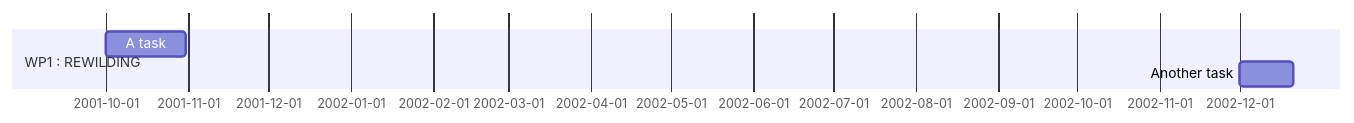
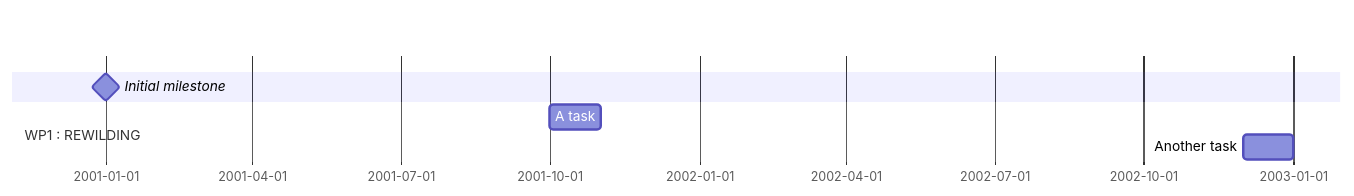
Before and after one commit to REWILD-FIRE/rewild_fire_website: the diagram in content/deliverables/index.md, drawn with Mermaid.

Commit message:
Update index.md
another test to make the gant graph work

````diff
--- a/content/deliverables/index.md
+++ b/content/deliverables/index.md
@@ -13,7 +13,8 @@
 ```mermaid
 gantt
   dateFormat  YY-MM
+  Initial milestone : milestone, m1, 01-01, 0M
   section WP1 : REWILDING
-  A task           :a1, 01-10, 30d
-  Another task     :after a1, 02-12, 20d
+  A task           : 01-10, 1M
+  Another task     : 02-12, 1M
 ```
````
